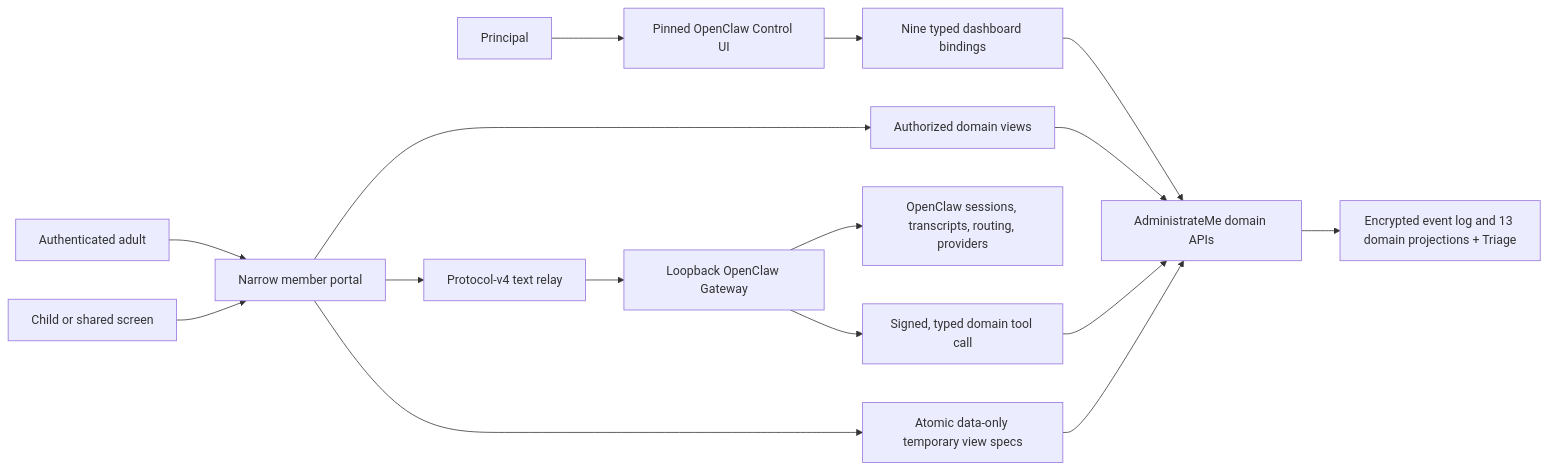
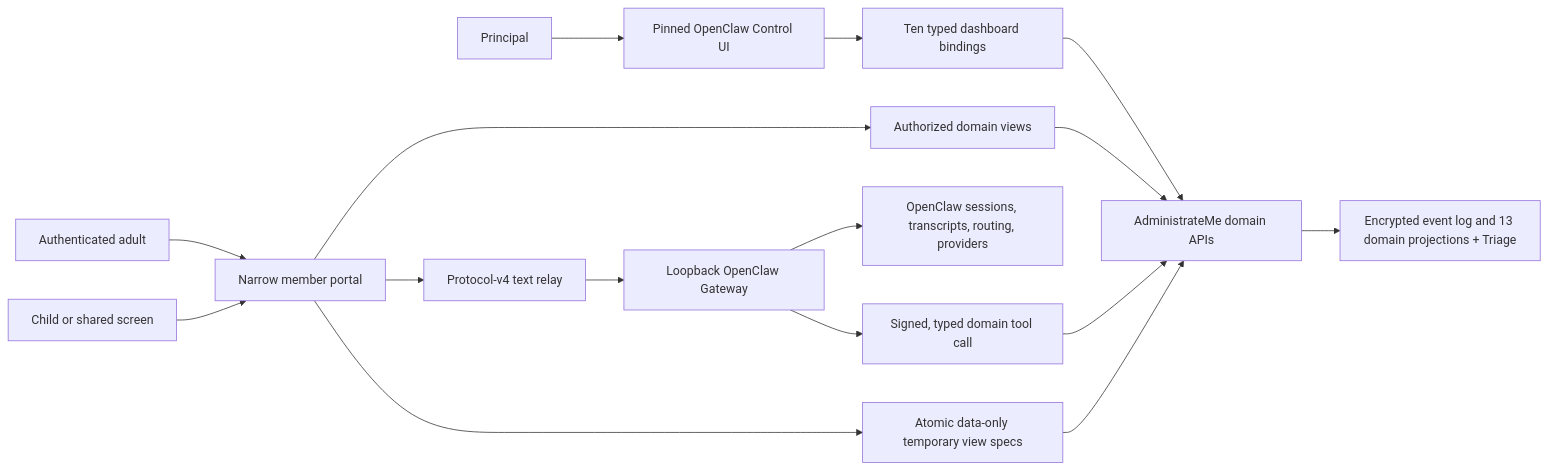
Before and after one commit to junglecrunch1212/administrate-me-now: the diagram in docs/refactor/GATE-7-EXPERIENCE.md, drawn with Mermaid. The commit also changed other lines of this file and 48 other files, not shown here.

````diff
--- a/docs/refactor/GATE-7-EXPERIENCE.md
+++ b/docs/refactor/GATE-7-EXPERIENCE.md
@@ -5,18 +5,18 @@
 ```mermaid
 flowchart LR
     P["Principal"] --> OC["Pinned OpenClaw Control UI"]
     A["Authenticated adult"] --> MP["Narrow member portal"]
     C["Child or shared screen"] --> MP
-    OC --> B["Nine typed dashboard bindings"]
+    OC --> B["Ten typed dashboard bindings"]
     MP --> V["Authorized domain views"]
     MP --> R["Protocol-v4 text relay"]
     R --> G["Loopback OpenClaw Gateway"]
     G --> M["OpenClaw sessions, transcripts, routing, providers"]
     B --> API["AdministrateMe domain APIs"]
     V --> API
     G --> T["Signed, typed domain tool call"]
     T --> API
     API --> E["Encrypted event log and 13 domain projections + Triage"]
     MP --> Q["Atomic data-only temporary view specs"]
     Q --> API
 ```
````
